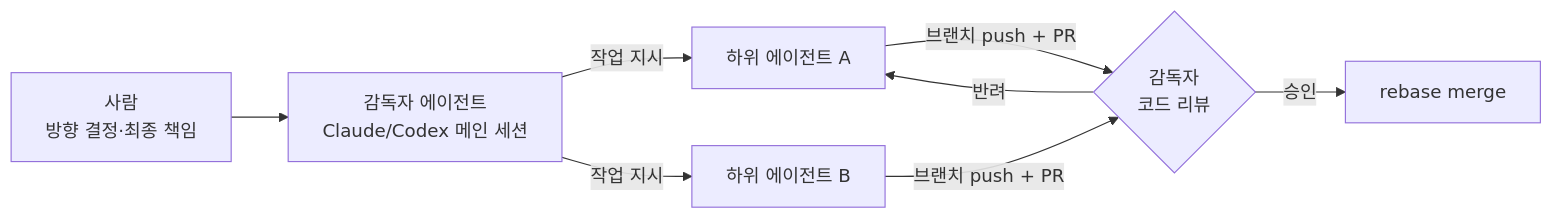
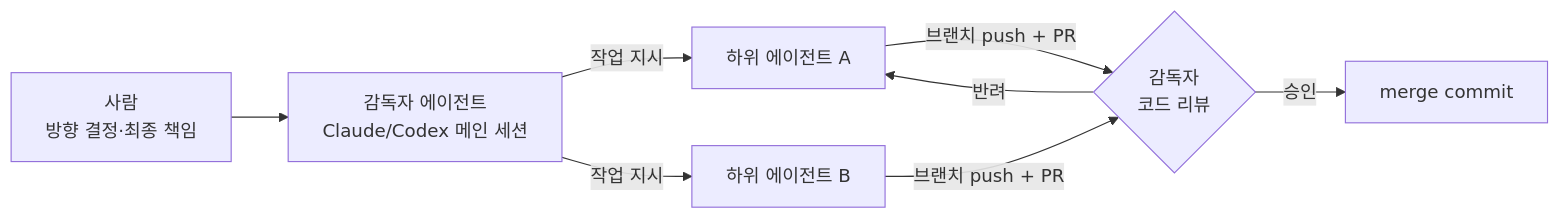
One commit to hyunpaper/NqWithAstara changed the first of 5 diagrams in README.md. Above: the diagram before and after it, drawn with Mermaid. The commit also changed other lines of this file, not shown here.

````diff
--- a/README.md
+++ b/README.md
@@ -10,9 +10,9 @@
 ```mermaid
 flowchart LR
     H[사람<br>방향 결정·최종 책임] --> S[감독자 에이전트<br>Claude/Codex 메인 세션]
     S -->|작업 지시| W1[하위 에이전트 A]
     S -->|작업 지시| W2[하위 에이전트 B]
     W1 & W2 -->|브랜치 push + PR| R{감독자<br>코드 리뷰}
-    R -->|승인| M[rebase merge]
+    R -->|승인| M[merge commit]
     R -->|반려| W1
 ```
````
